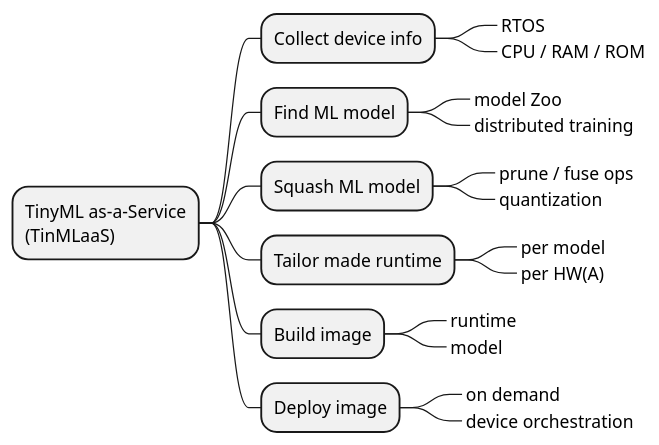
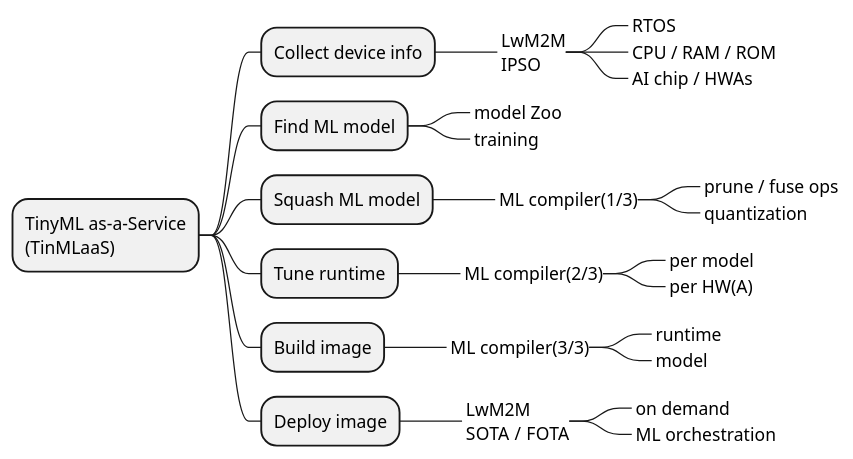
Before and after one commit to doyu/elc2019: the diagram in summary-proposal.puml, drawn with PlantUML. The commit also changed 2 other files, not shown here.

```diff
--- a/summary-proposal.puml
+++ b/summary-proposal.puml
@@ -1,21 +1,27 @@
 @startmindmap
 * TinyML as-a-Service\n(TinMLaaS)
 ** Collect device info
-***_ RTOS
-***_ CPU / RAM / ROM
+***_ LwM2M\nIPSO
+****_ RTOS
+****_ CPU / RAM / ROM
+****_ AI chip / HWAs
 ** Find ML model
 ***_ model Zoo
-***_ distributed training
+***_ training
 ** Squash ML model
-***_ prune / fuse ops
-***_ quantization
-** Tailor made runtime
-***_ per model
-***_ per HW(A)
+***_ ML compiler(1/3)
+****_ prune / fuse ops
+****_ quantization
+** Tune runtime
+***_ ML compiler(2/3)
+****_ per model
+****_ per HW(A)
 ** Build image
-***_ runtime
-***_ model
+***_ ML compiler(3/3)
+****_ runtime
+****_ model
 ** Deploy image
-***_ on demand
-***_ device orchestration
+***_ LwM2M\nSOTA / FOTA
+****_ on demand
+****_ ML orchestration
 @endmindmap
```
